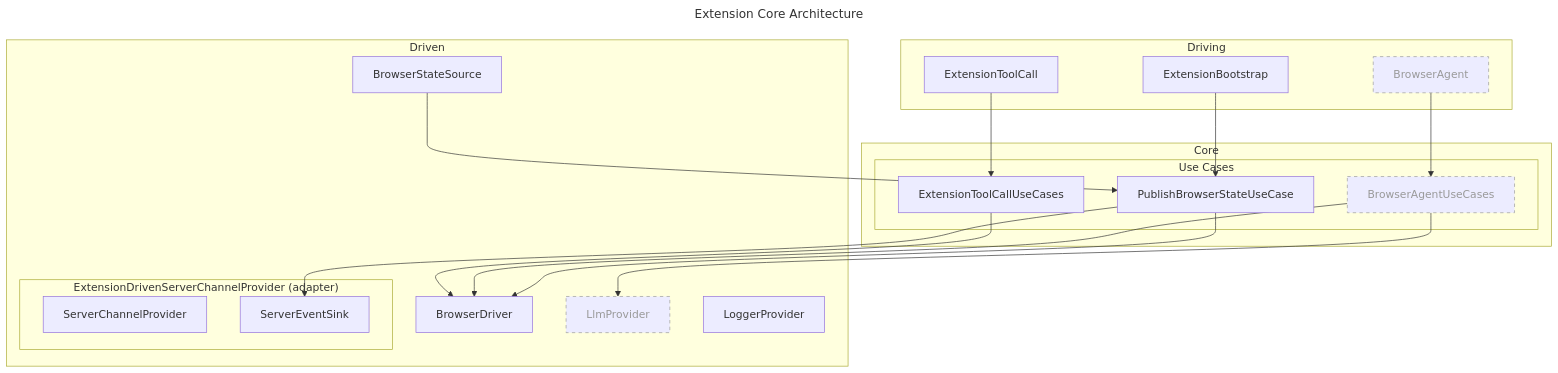
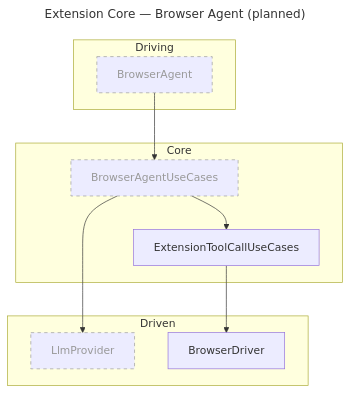
One commit to ndthanhdev/mcp-browser-kit changed the seventh of 11 diagrams in docs/architecture.md. Above: the diagram before and after it, drawn with Mermaid. The commit also changed other lines of this file, not shown here.

Commit message:
chore: update architecture documentation for clarity and structure (#145)

````diff
--- a/docs/architecture.md
+++ b/docs/architecture.md
@@ -113,45 +186,24 @@
 ```mermaid
 ---
-title: Extension Core Architecture
+title: Extension Core — Browser Agent (planned)
 ---
-flowchart TD
+flowchart TB
   subgraph Driving["Driving"]
-    ExtensionToolCall
     BrowserAgent
-    ExtensionBootstrap
   end
-  subgraph ExtensionCore["Core"]
-    subgraph UseCases["Use Cases"]
-      ExtensionToolCallUseCases
-      PublishBrowserStateUseCase
-      BrowserAgentUseCases
-    end
+  subgraph Core["Core"]
+    BrowserAgentUseCases
+    ExtensionToolCallUseCases
   end
   subgraph Driven["Driven"]
+    LlmProvider
     BrowserDriver
-    BrowserStateSource
-    LlmProvider
-    subgraph ExtensionDrivenServerChannelProvider["ExtensionDrivenServerChannelProvider (adapter)"]
-      ServerChannelProvider
-      ServerEventSink
-    end
-    LoggerProvider
   end
+  BrowserAgent --> BrowserAgentUseCases
+  BrowserAgentUseCases --> LlmProvider
+  BrowserAgentUseCases --> ExtensionToolCallUseCases
+  ExtensionToolCallUseCases --> BrowserDriver
 
-  %% From Driving
-  ExtensionToolCall --> ExtensionToolCallUseCases
-  BrowserAgent --> BrowserAgentUseCases
-  ExtensionBootstrap --> PublishBrowserStateUseCase
-  %% From Core
-  ExtensionToolCallUseCases --> BrowserDriver
-  BrowserAgentUseCases --> LlmProvider
-  BrowserAgentUseCases --> BrowserDriver
-  %% Observability
-  BrowserStateSource --> PublishBrowserStateUseCase
-  PublishBrowserStateUseCase --> BrowserDriver
-  PublishBrowserStateUseCase --> ServerEventSink
-
-  %% Planned (not yet implemented)
   classDef planned stroke-dasharray:5 5,stroke:#999,color:#999;
   class BrowserAgent,BrowserAgentUseCases,LlmProvider planned;
 ```
````
